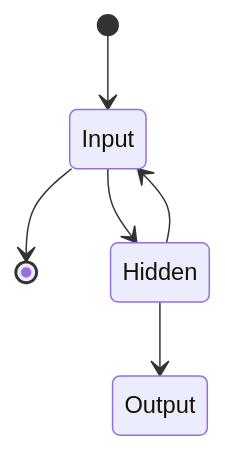
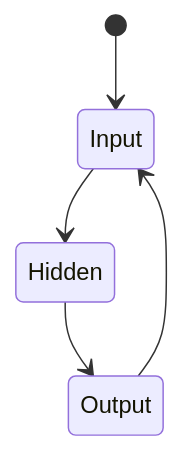
One commit to Photon1c/cheddarbutler_v3_goldenpotato changed the diagram in README.md. Above: the diagram before and after it, drawn with Mermaid.

````diff
--- a/README.md
+++ b/README.md
@@ -9,9 +9,8 @@
 ```mermaid
 stateDiagram-v2
 [*] --> Input
-Input --> [*]
 Input --> Hidden
-Hidden --> Input
 Hidden --> Output
+Output --> Input
 
 ```
````
